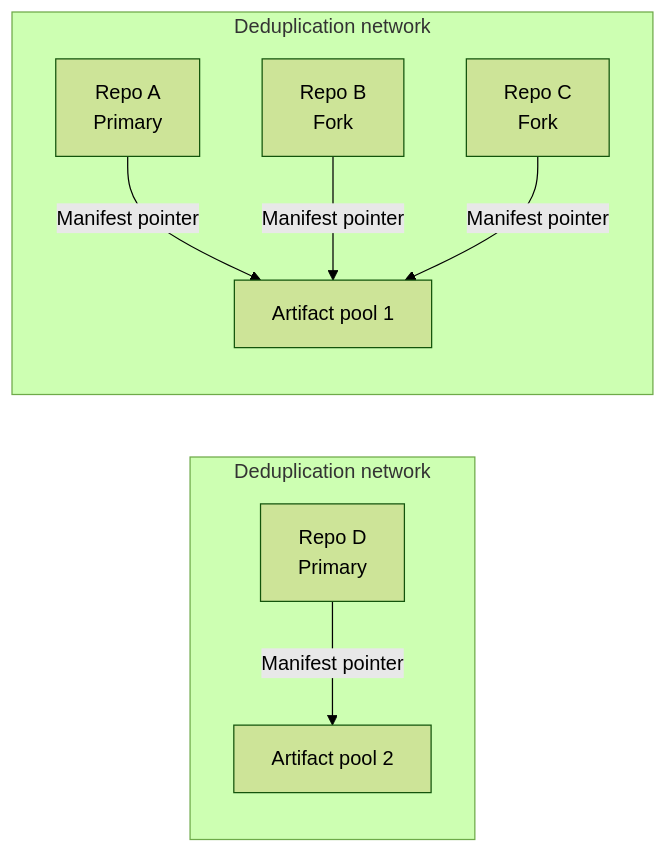
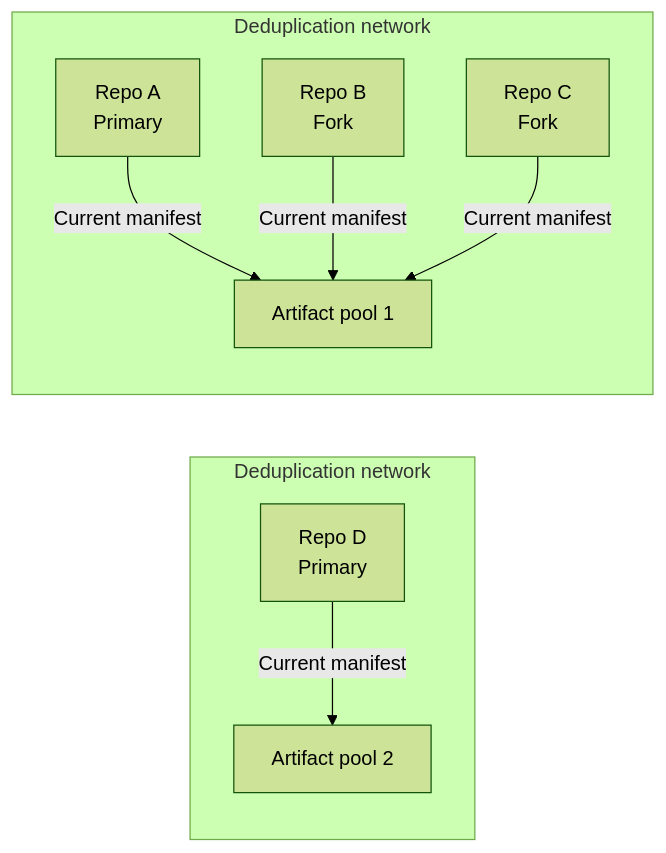
The fifth of 5 diagrams in content/handbook/engineering/architecture/design-documents/scaling-git/_index.md (kyama0/gitlab-handbook-ja), drawn with Mermaid (forest theme) before and after one commit. The commit also changed other lines of this file and 22 other files, not shown here.

````diff
--- a/content/handbook/engineering/architecture/design-documents/scaling-git/_index.md
+++ b/content/handbook/engineering/architecture/design-documents/scaling-git/_index.md
@@ -397,17 +427,17 @@
 ```mermaid
 flowchart LR
   subgraph network2[Deduplication network]
     r4[Repo D<br/>Primary]
     p2[Artifact pool 2]
   end
   subgraph network1[Deduplication network]
     r1[Repo A<br/>Primary]
     r2[Repo B<br/>Fork]
     r3[Repo C<br/>Fork]
     p1[Artifact pool 1]
   end
-  r1 -->|Manifest pointer| p1
-  r2 -->|Manifest pointer| p1
-  r3 -->|Manifest pointer| p1
-  r4 -->|Manifest pointer| p2
+  r1 -->|Current manifest| p1
+  r2 -->|Current manifest| p1
+  r3 -->|Current manifest| p1
+  r4 -->|Current manifest| p2
 ```
````
